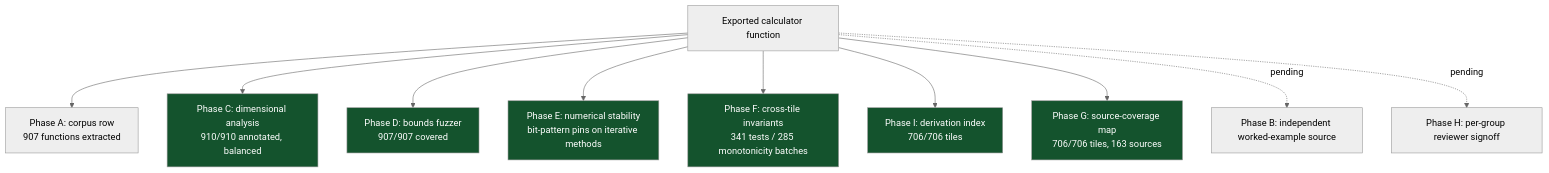
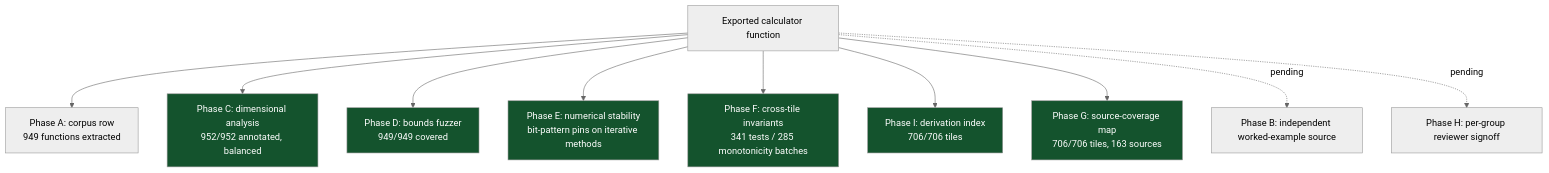
Before and after one commit to clay-good/roughlogic.com: the sixth of 8 diagrams in README.md, drawn with Mermaid (neutral theme). The commit also changed other lines of this file, not shown here.

Commit message:
docs(readme): resync quality-campaign figures to the 706-tile catalog
The correctness-campaign Mermaid diagram and status table state Phase A
(corpus rows), Phase C (dimensional annotations), and Phase D (bounds-
fuzzer coverage) counts that no lint gate anchors, so they drifted one
expansion behind after the v230..v241 landing. Resync to live values:

- Phase A corpus: 907 -> 949 functions (check-bounds header)
- Phase C dimensions: 910/910 -> 952/952 (check-dimensions)
- Phase D bounds fuzzer: 907/907 -> 949/949 (check-bounds)

All other current-state figures (706 tiles, 163 sources, 4,999 unit
tests, 341 tests / 285 monotonicity batches, per-group cheat-sheet,
index.html home count, mobile-record §20) were verified already current.
No code, tile, or version change. Full CI re-verified green locally:
lint, 4,999 unit tests, build, shell-mobile (822 checks), and the e2e
suite (responsive-stress 66 on Chromium+WebKit, render-no-nan 705,
a11y/print/perf/csv 754).

````diff
--- a/README.md
+++ b/README.md
@@ -519,18 +519,18 @@
 ```mermaid
 flowchart TB
-    F[Exported calculator function] --> A[Phase A: corpus row\n907 functions extracted]
-    F --> C[Phase C: dimensional analysis\n910/910 annotated, balanced]
-    F --> D[Phase D: bounds fuzzer\n907/907 covered]
+    F[Exported calculator function] --> A[Phase A: corpus row\n949 functions extracted]
+    F --> C[Phase C: dimensional analysis\n952/952 annotated, balanced]
+    F --> D[Phase D: bounds fuzzer\n949/949 covered]
     F --> E[Phase E: numerical stability\nbit-pattern pins on iterative methods]
     F --> Fa[Phase F: cross-tile invariants\n341 tests / 285 monotonicity batches]
     F --> I[Phase I: derivation index\n706/706 tiles]
     F --> G[Phase G: source-coverage map\n706/706 tiles, 163 sources]
     F -.pending.-> B[Phase B: independent worked-example source]
     F -.pending.-> H[Phase H: per-group reviewer signoff]
     style C fill:#14532d,color:#fff
     style D fill:#14532d,color:#fff
     style E fill:#14532d,color:#fff
     style Fa fill:#14532d,color:#fff
     style G fill:#14532d,color:#fff
     style I fill:#14532d,color:#fff
 ```
````
